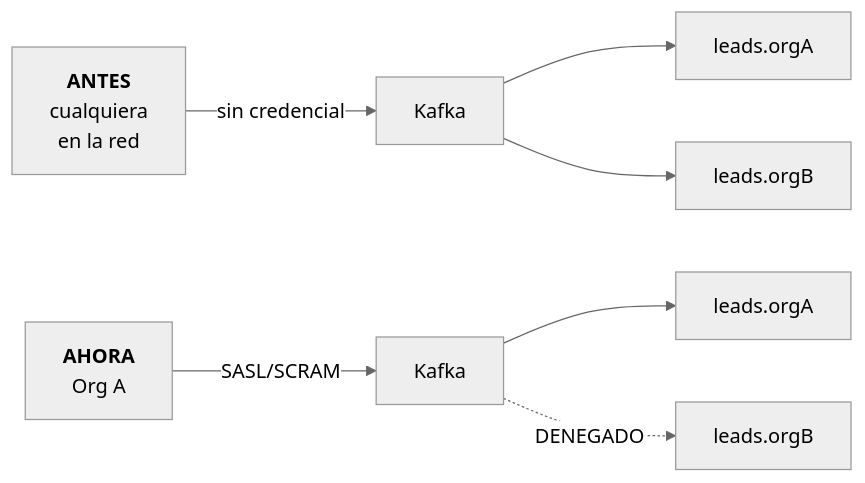
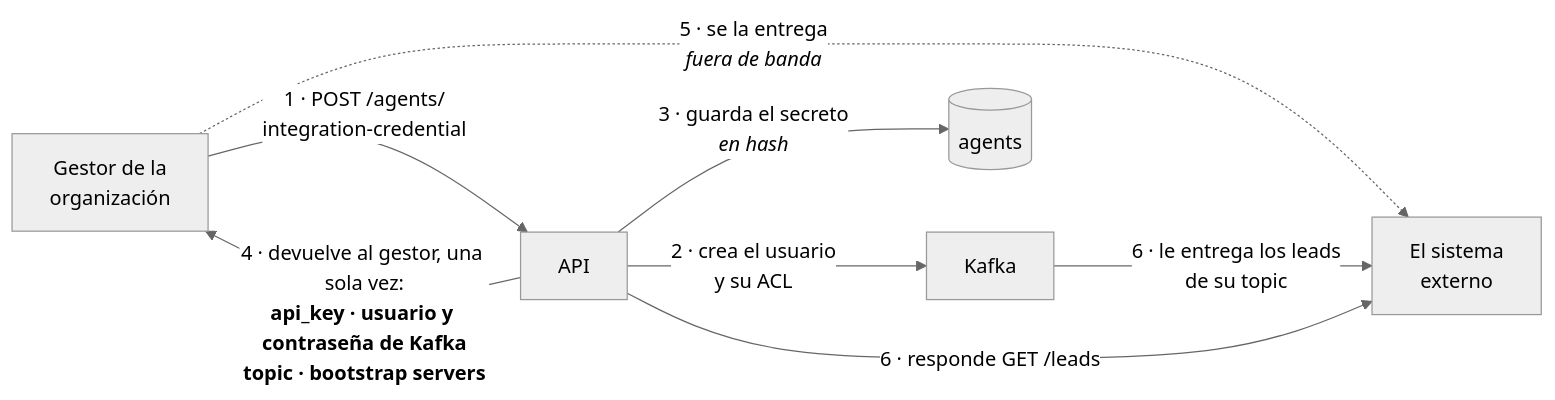
Before and after one commit to MDCIrony/leads-hexa: diagram 11 of 11 in .slides-events/slides.md, drawn with Mermaid (neutral theme). The commit also changed other lines of this file, not shown here.

````diff
--- a/.slides-events/slides.md
+++ b/.slides-events/slides.md
@@ -625,10 +530,10 @@
-```mermaid {scale: 0.82}
+```mermaid {scale: 0.7}
 flowchart LR
-    X["<b>ANTES</b><br/>cualquiera<br/>en la red"] -->|"sin credencial"| K1["Kafka"]
-    K1 --> T1["leads.orgA"]
-    K1 --> T2["leads.orgB"]
-
-    A["<b>AHORA</b><br/>Org A"] -->|"SASL/SCRAM"| K2["Kafka"]
-    K2 --> U1["leads.orgA"]
-    K2 -.->|"DENEGADO"| U2["leads.orgB"]
+    G["Gestor de la<br/>organización"] -->|"1 · POST /agents/<br/>integration-credential"| API["API"]
+    API -->|"2 · crea el usuario<br/>y su ACL"| K["Kafka"]
+    API -->|"3 · guarda el secreto<br/><i>en hash</i>"| DB[("agents")]
+    API -->|"4 · devuelve al gestor, una sola vez:<br/><b>api_key · usuario y contraseña de Kafka<br/>topic · bootstrap servers</b>"| G
+    G -.->|"5 · se la entrega<br/><i>fuera de banda</i>"| C["El sistema<br/>externo"]
+    K -->|"6 · le entrega los leads<br/>de su topic"| C
+    API -->|"6 · responde GET /leads"| C
 ```
````
